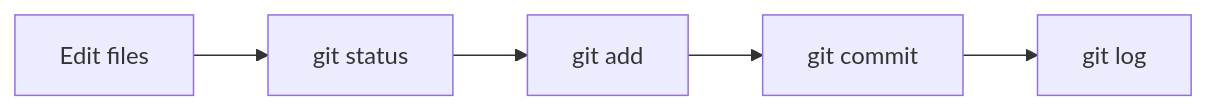
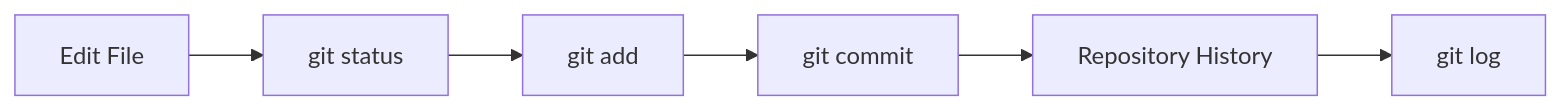
The diagram in lessons/01-intro/F-basic-git-workflow.md (ShafayetSadi/ms-git-and-github), drawn with Mermaid before and after one commit. The commit also changed other lines of this file and 1 other file, not shown here.

Commit message:
refactor: basic git workflow

````diff
--- a/lessons/01-intro/F-basic-git-workflow.md
+++ b/lessons/01-intro/F-basic-git-workflow.md
@@ -16,7 +16,11 @@
 ```mermaid
 flowchart LR
-    A[Edit files] --> B[git status]
-    B --> C[git add]
-    C --> D[git commit]
-    D --> E[git log]
+    A[Edit File]
+    B[git status]
+    C[git add]
+    D[git commit]
+    E[Repository History]
+    F[git log]
+
+    A --> B --> C --> D --> E --> F
 ```
````
